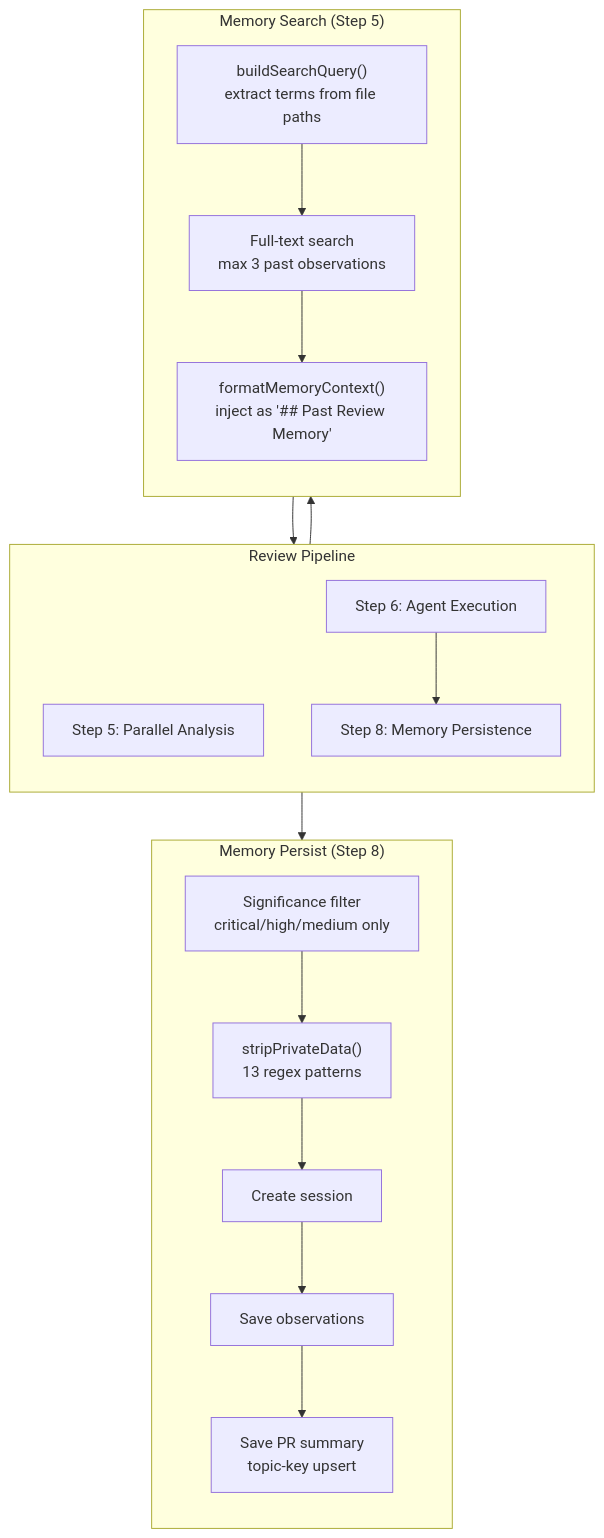
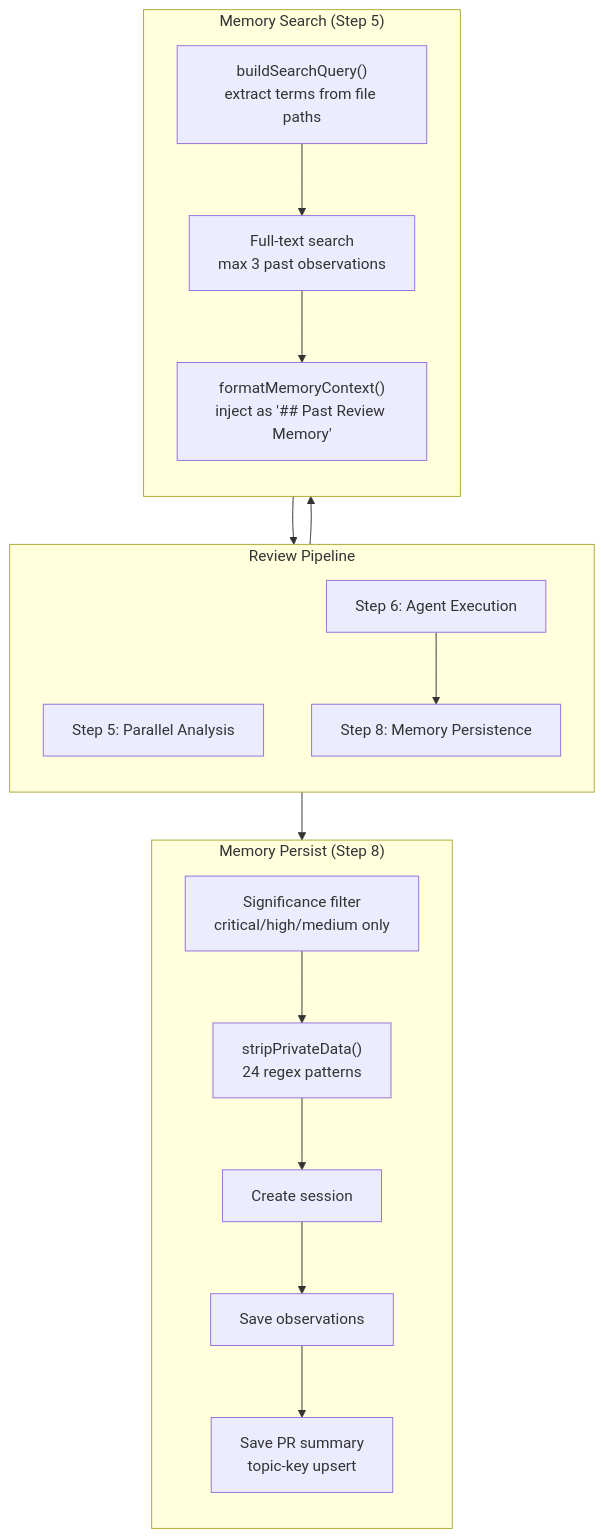
The first of 2 diagrams in docs/memory-system.md (JNZader/ghagga), drawn with Mermaid before and after one commit. The commit also changed other lines of this file and 31 other files, not shown here.

````diff
--- a/docs/memory-system.md
+++ b/docs/memory-system.md
@@ -19,28 +19,28 @@
 ```mermaid
 flowchart TB
   subgraph Pipeline["Review Pipeline"]
     direction TB
     S5["Step 5: Parallel Analysis"]
     S6["Step 6: Agent Execution"]
     S8["Step 8: Memory Persistence"]
   end
 
   subgraph Search["Memory Search (Step 5)"]
     direction TB
     BuildQ["buildSearchQuery()<br/>extract terms from file paths"]
     FTS["Full-text search<br/>max 3 past observations"]
     Format["formatMemoryContext()<br/>inject as '## Past Review Memory'"]
   end
 
   subgraph Persist["Memory Persist (Step 8)"]
     direction TB
     Filter["Significance filter<br/>critical/high/medium only"]
-    Strip["stripPrivateData()<br/>13 regex patterns"]
+    Strip["stripPrivateData()<br/>24 regex patterns"]
     Session["Create session"]
     Obs["Save observations"]
     Summary["Save PR summary<br/>topic-key upsert"]
   end
 
   S5 --> BuildQ --> FTS --> Format --> S6
   S6 --> S8 --> Filter --> Strip --> Session --> Obs --> Summary
 ```
````
